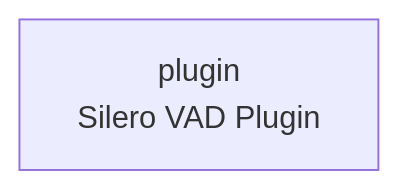
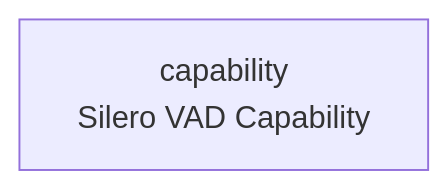
One commit to cj-mills/cjm-capability-silero-vad changed the diagram in README.md. Above: the diagram before and after it, drawn with Mermaid. The commit also changed other lines of this file and 9 other files, not shown here.

First line of the commit message:
Stage 9 cascade (Layer 2b): rename cjm-media-plugin-silero-vad -> cjm-capability-silero-vad

````diff
--- a/README.md
+++ b/README.md
@@ -21,4 +21,4 @@
 ``` mermaid
 graph LR
-    plugin["plugin<br/>Silero VAD Plugin"]
+    capability["capability<br/>Silero VAD Capability"]
 ```
````
